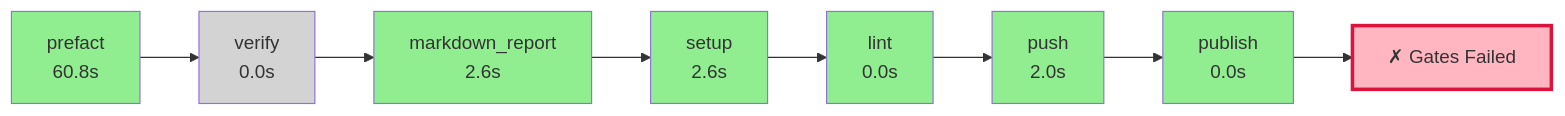
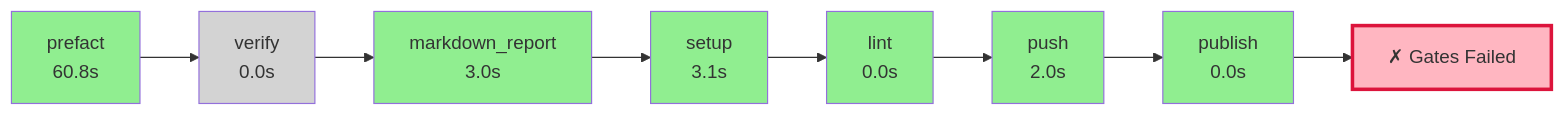
Before and after one commit to wronai/fixos: the diagram in .pyqual/report.md, drawn with Mermaid. The commit also changed other lines of this file and 2 other files, not shown here.

````diff
--- a/.pyqual/report.md
+++ b/.pyqual/report.md
@@ -10,26 +10,26 @@
 ```mermaid
 flowchart LR
     S0["prefact<br/>60.8s"]
     style S0 fill:#90EE90
     S1["verify<br/>0.0s"]
     style S1 fill:#D3D3D3
     S0 --> S1
-    S2["markdown_report<br/>2.6s"]
+    S2["markdown_report<br/>3.0s"]
     style S2 fill:#90EE90
     S1 --> S2
-    S3["setup<br/>2.6s"]
+    S3["setup<br/>3.1s"]
     style S3 fill:#90EE90
     S2 --> S3
     S4["lint<br/>0.0s"]
     style S4 fill:#90EE90
     S3 --> S4
     S5["push<br/>2.0s"]
     style S5 fill:#90EE90
     S4 --> S5
     S6["publish<br/>0.0s"]
     style S6 fill:#90EE90
     S5 --> S6
     G["✗ Gates Failed"]
     style G fill:#FFB6C1,stroke:#DC143C,stroke-width:3px
     S6 --> G
 ```
````
